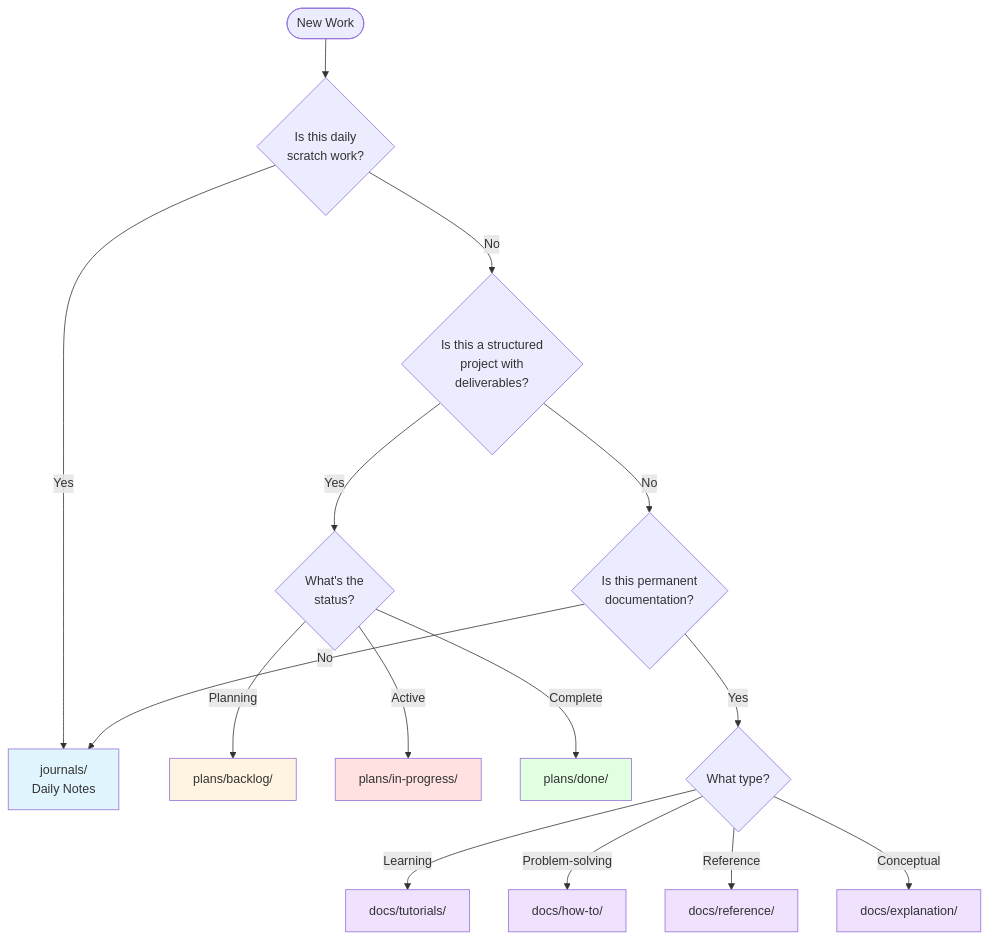
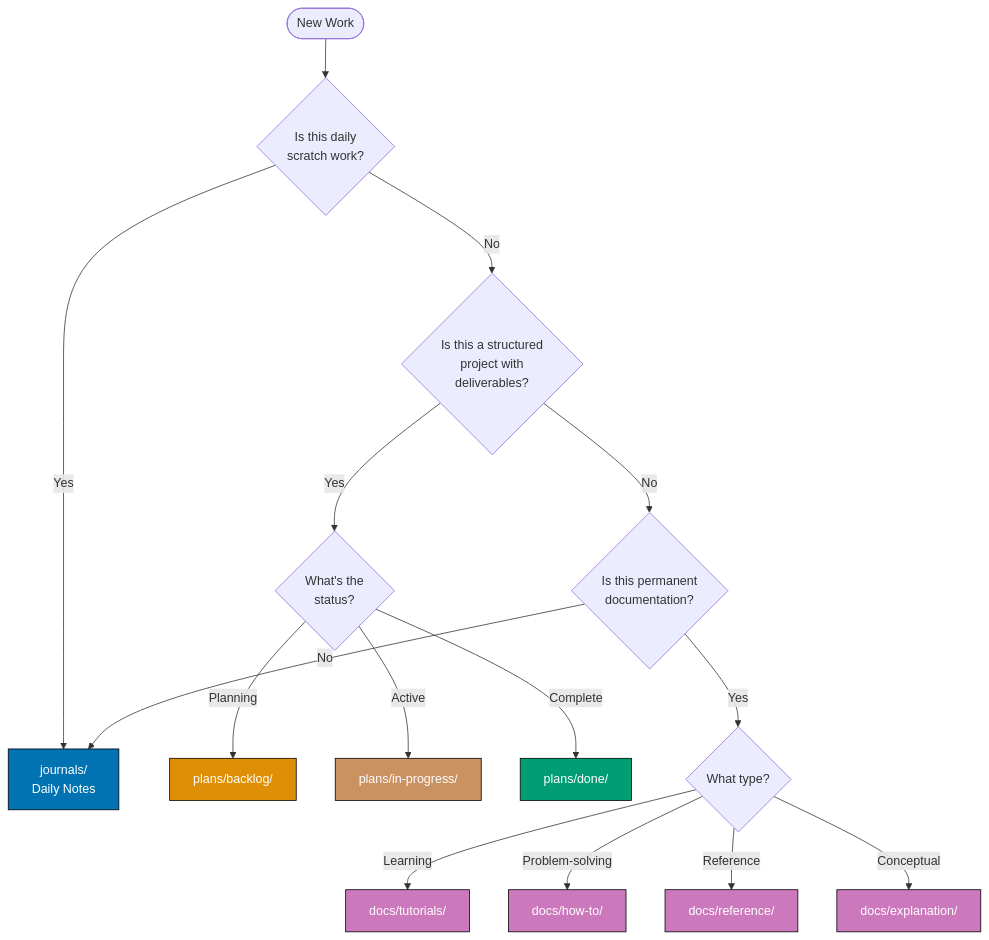
Before and after one commit to wahidyankf/open-sharia-enterprise: the diagram in docs/how-to/hoto__organize-work.md, drawn with Mermaid. The commit also changed other lines of this file and 22 other files, not shown here.

First line of the commit message:
docs(diagrams): ensure all mermaid diagrams use color-blind friendly palette

````diff
--- a/docs/how-to/hoto__organize-work.md
+++ b/docs/how-to/hoto__organize-work.md
@@ -24,26 +27,26 @@
 ```mermaid
 flowchart TD
     Start([New Work]) --> Q1{Is this daily<br/>scratch work?}
     Q1 -->|Yes| Journals[journals/<br/>Daily Notes]
     Q1 -->|No| Q2{Is this a structured<br/>project with<br/>deliverables?}
     Q2 -->|Yes| Q3{What's the<br/>status?}
     Q3 -->|Planning| Backlog[plans/backlog/]
     Q3 -->|Active| InProgress[plans/in-progress/]
     Q3 -->|Complete| Done[plans/done/]
     Q2 -->|No| Q4{Is this permanent<br/>documentation?}
     Q4 -->|Yes| Q5{What type?}
     Q5 -->|Learning| Tutorial[docs/tutorials/]
     Q5 -->|Problem-solving| HowTo[docs/how-to/]
     Q5 -->|Reference| Reference[docs/reference/]
     Q5 -->|Conceptual| Explanation[docs/explanation/]
     Q4 -->|No| Journals
 
-    style Journals fill:#e1f5ff
-    style Backlog fill:#fff4e1
-    style InProgress fill:#ffe1e1
-    style Done fill:#e1ffe1
-    style Tutorial fill:#f0e1ff
-    style HowTo fill:#f0e1ff
-    style Reference fill:#f0e1ff
-    style Explanation fill:#f0e1ff
+    style Journals fill:#0173B2,stroke:#000000,color:#FFFFFF
+    style Backlog fill:#DE8F05,stroke:#000000,color:#FFFFFF
+    style InProgress fill:#CA9161,stroke:#000000,color:#FFFFFF
+    style Done fill:#029E73,stroke:#000000,color:#FFFFFF
+    style Tutorial fill:#CC78BC,stroke:#000000,color:#FFFFFF
+    style HowTo fill:#CC78BC,stroke:#000000,color:#FFFFFF
+    style Reference fill:#CC78BC,stroke:#000000,color:#FFFFFF
+    style Explanation fill:#CC78BC,stroke:#000000,color:#FFFFFF
 ```
````
